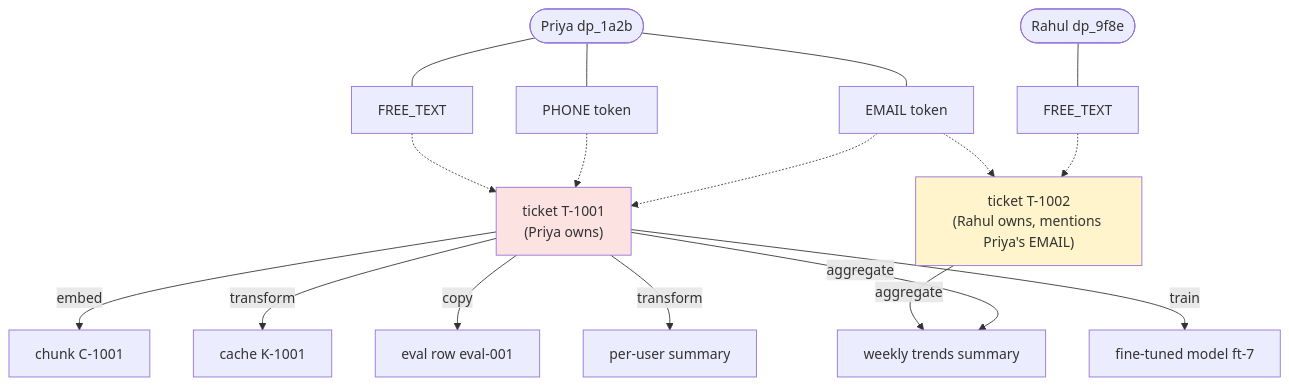
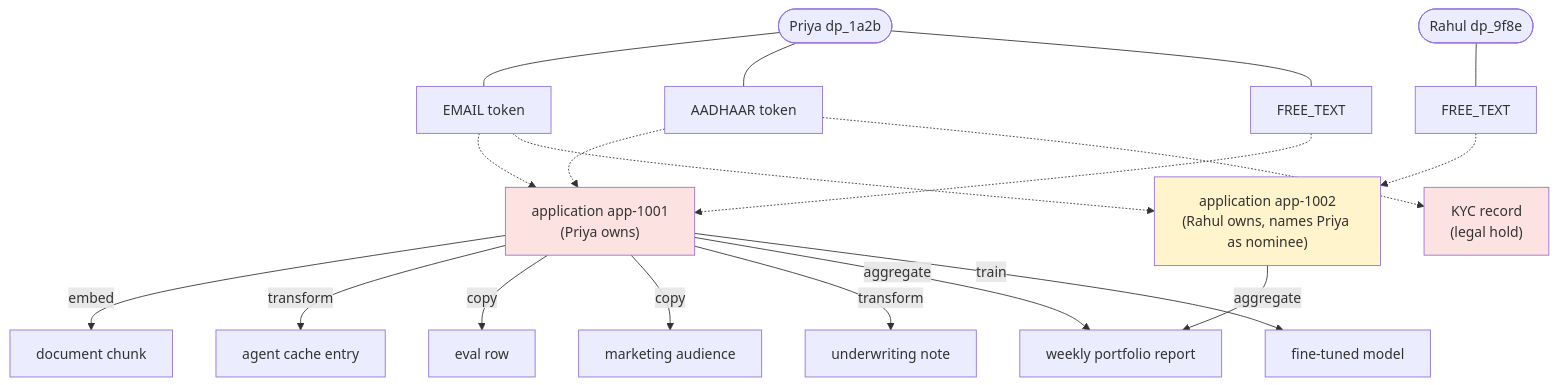
The second of 2 diagrams in docs/lineage-data-model.md (koushikmohanbhat/dpdp-data-rights-framework), drawn with Mermaid before and after one commit. The commit also changed other lines of this file and 63 other files, not shown here.

````diff
--- a/docs/lineage-data-model.md
+++ b/docs/lineage-data-model.md
@@ -102,18 +102,21 @@
 ```mermaid
 flowchart TB
-  P(["Priya dp_1a2b"]) --- E1["EMAIL token"] & E2["PHONE token"] & E3["FREE_TEXT"]
+  P(["Priya dp_1a2b"]) --- E1["EMAIL token"] & E2["AADHAAR token"] & E3["FREE_TEXT"]
   R(["Rahul dp_9f8e"]) --- E4["FREE_TEXT"]
-  T1["ticket T-1001<br/>(Priya owns)"]:::own
-  T2["ticket T-1002<br/>(Rahul owns, mentions Priya's EMAIL)"]:::mention
-  E1 & E2 & E3 -.-> T1
-  E4 -.-> T2
-  E1 -.-> T2
-  T1 -->|embed| V1["chunk C-1001"]
-  T1 -->|transform| C1["cache K-1001"]
-  T1 -->|copy| EV["eval row eval-001"]
-  T1 -->|transform| S1["per-user summary"]
-  T1 & T2 -->|aggregate| W["weekly trends summary"]
-  T1 -->|train| M["fine-tuned model ft-7"]
+  A1["application app-1001<br/>(Priya owns)"]:::own
+  A2["application app-1002<br/>(Rahul owns, names Priya as nominee)"]:::mention
+  K["KYC record<br/>(legal hold)"]:::own
+  E1 & E2 & E3 -.-> A1
+  E2 -.-> K
+  E4 -.-> A2
+  E1 -.-> A2
+  A1 -->|embed| V1["document chunk"]
+  A1 -->|transform| C1["agent cache entry"]
+  A1 -->|copy| EV["eval row"]
+  A1 -->|copy| M["marketing audience"]
+  A1 -->|transform| S1["underwriting note"]
+  A1 & A2 -->|aggregate| W["weekly portfolio report"]
+  A1 -->|train| FT["fine-tuned model"]
   classDef own fill:#fde2e2
   classDef mention fill:#fff4cc
 ```
````
